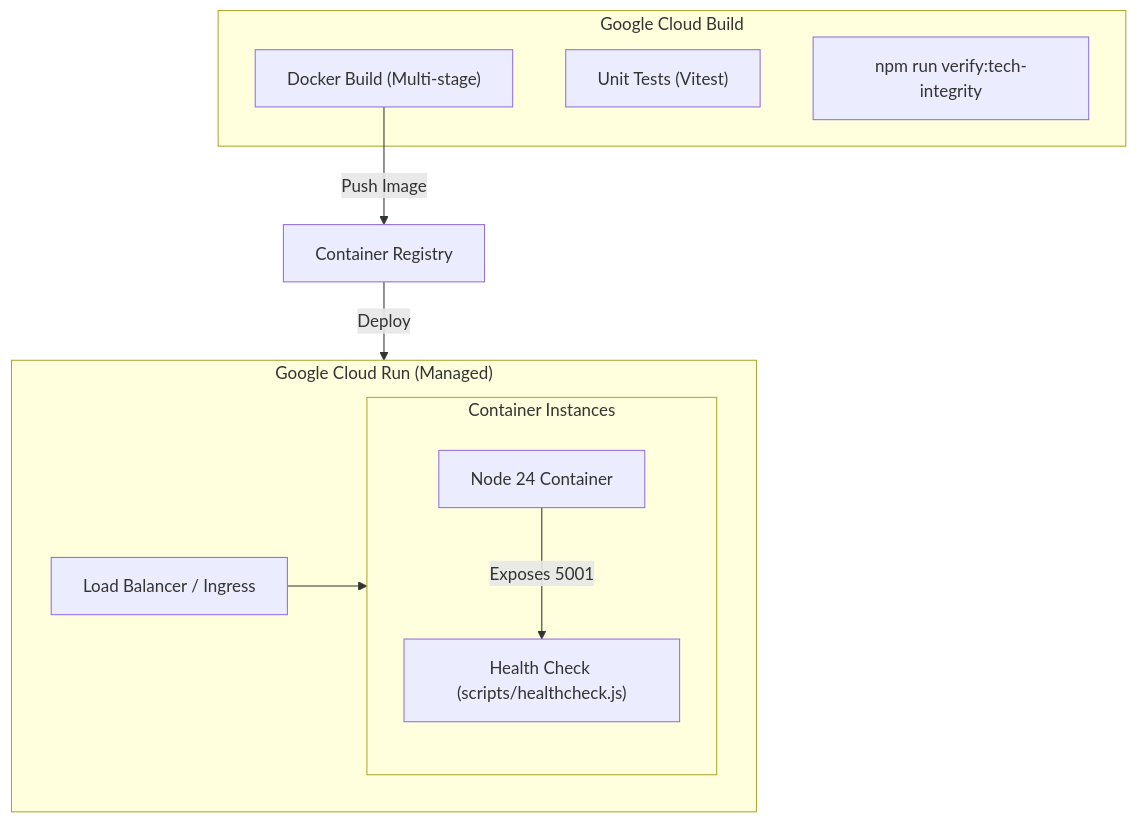
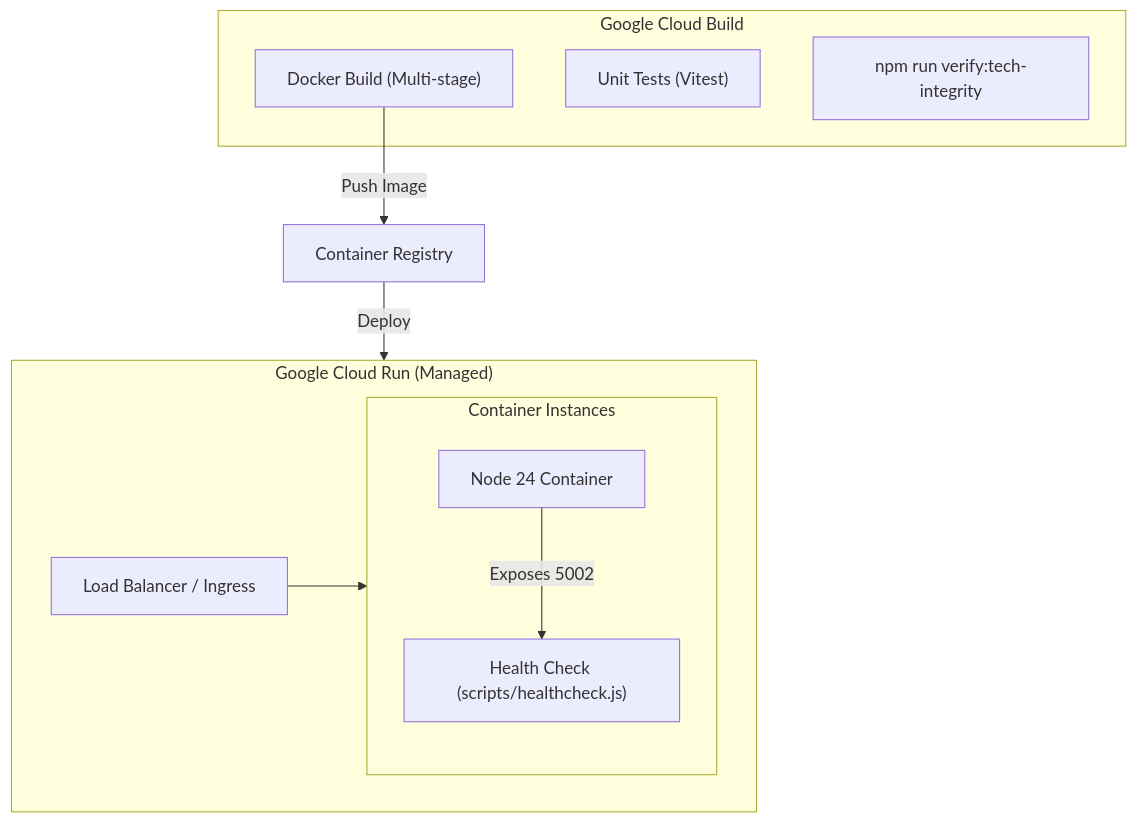
Before and after one commit to hateem2121/RUN: the second of 4 diagrams in docs/core/architecture.md, drawn with Mermaid. The commit also changed 51 other files, not shown here.

````diff
--- a/docs/core/architecture.md
+++ b/docs/core/architecture.md
@@ -49,22 +49,22 @@
 ```mermaid
 graph TB
     subgraph CI_CD ["Google Cloud Build"]
         build_step["Docker Build (Multi-stage)"]
         test_step["Unit Tests (Vitest)"]
         Verify["npm run verify:tech-integrity"]
     end
 
     subgraph Runtime ["Google Cloud Run (Managed)"]
         lb["Load Balancer / Ingress"]
         
         subgraph Instances ["Container Instances"]
             express["Node 24 Container"]
             health["Health Check (scripts/healthcheck.js)"]
-            express -- "Exposes 5001" --> health
+            express -- "Exposes 5002" --> health
         end
     end
 
     build_step --> |Push Image| Registry["Container Registry"]
     Registry --> |Deploy| Runtime
     lb --> Instances
 ```
````
